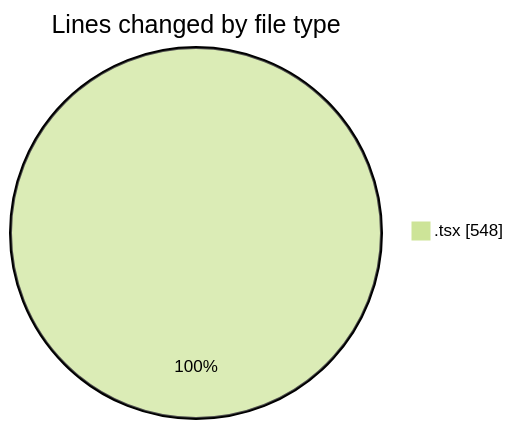
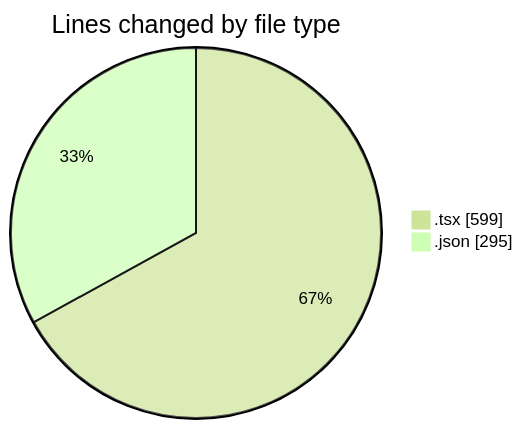
The first of 2 diagrams in 2025-10-11/eventscop-frontend-guide__workspace_/README.md (julien-gomy/code-tracking), drawn with Mermaid (forest theme) before and after one commit. The commit also changed other lines of this file and 1 other file, not shown here.

````diff
--- a/2025-10-11/eventscop-frontend-guide__workspace_/README.md
+++ b/2025-10-11/eventscop-frontend-guide__workspace_/README.md
@@ -22,5 +24,6 @@
 ```mermaid
 pie showData
 title Lines changed by file type
-".tsx" : 548
+".tsx" : 599
+".json" : 295
 ```
````
